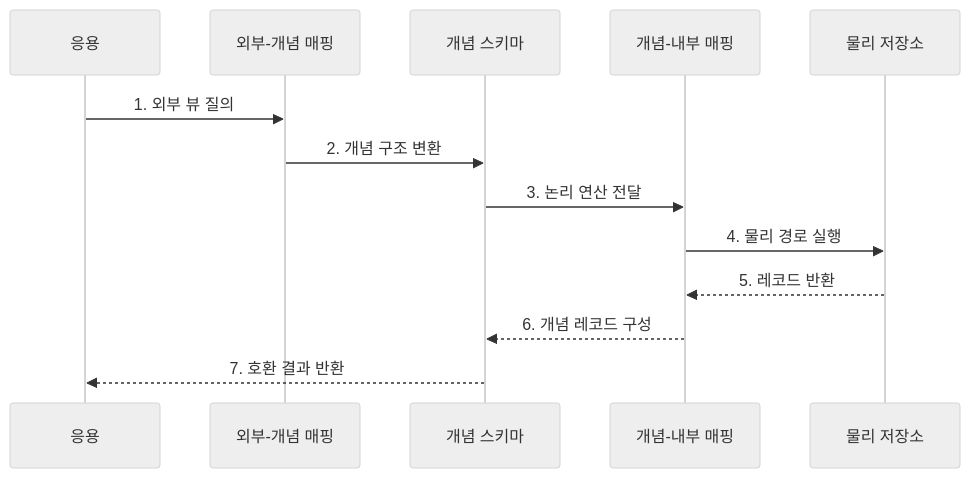
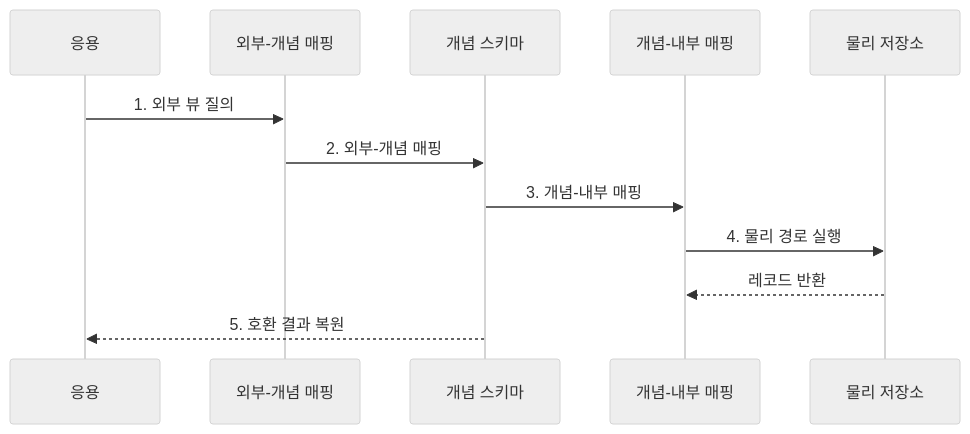
One commit to agnusdei1207/knowledge-base changed the second of 2 diagrams in src/content/docs/notes/03-software/111_data_independence.md. Above: the diagram before and after it, drawn with Mermaid (neutral theme). The commit also changed other lines of this file and 238 other files, not shown here.

````diff
--- a/src/content/docs/notes/03-software/111_data_independence.md
+++ b/src/content/docs/notes/03-software/111_data_independence.md
@@ -77,15 +77,14 @@
 ```mermaid
 sequenceDiagram
     participant A as 응용
     participant E as 외부-개념 매핑
     participant C as 개념 스키마
     participant I as 개념-내부 매핑
     participant S as 물리 저장소
     A->>E: 1. 외부 뷰 질의
-    E->>C: 2. 개념 구조 변환
-    C->>I: 3. 논리 연산 전달
+    E->>C: 2. 외부-개념 매핑
+    C->>I: 3. 개념-내부 매핑
     I->>S: 4. 물리 경로 실행
-    S-->>I: 5. 레코드 반환
-    I-->>C: 6. 개념 레코드 구성
-    C-->>A: 7. 호환 결과 반환
+    S-->>I: 레코드 반환
+    C-->>A: 5. 호환 결과 복원
 ```
````
